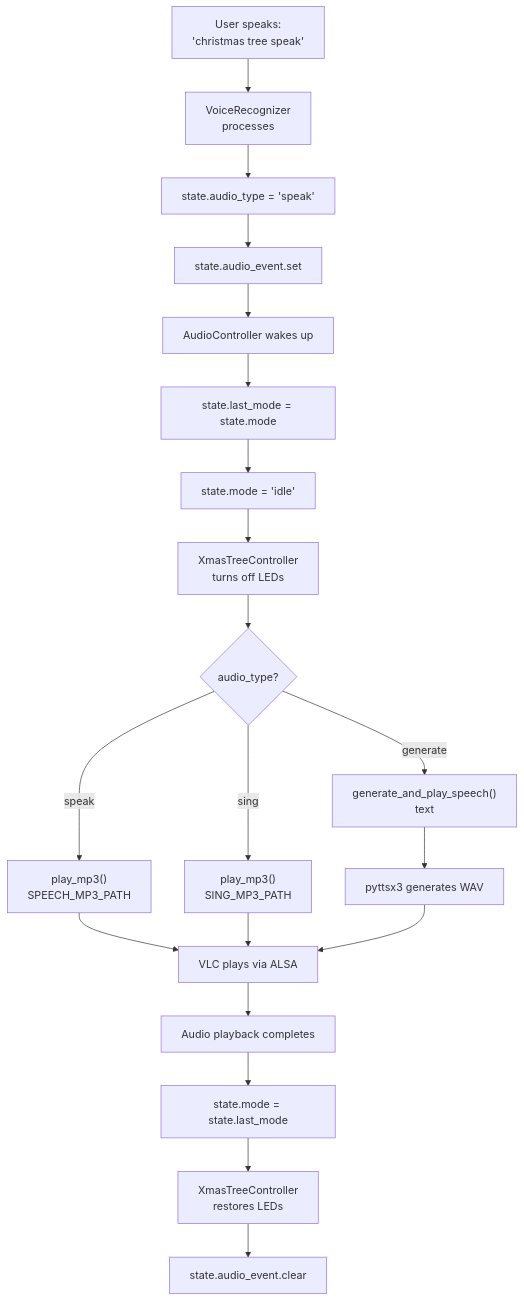
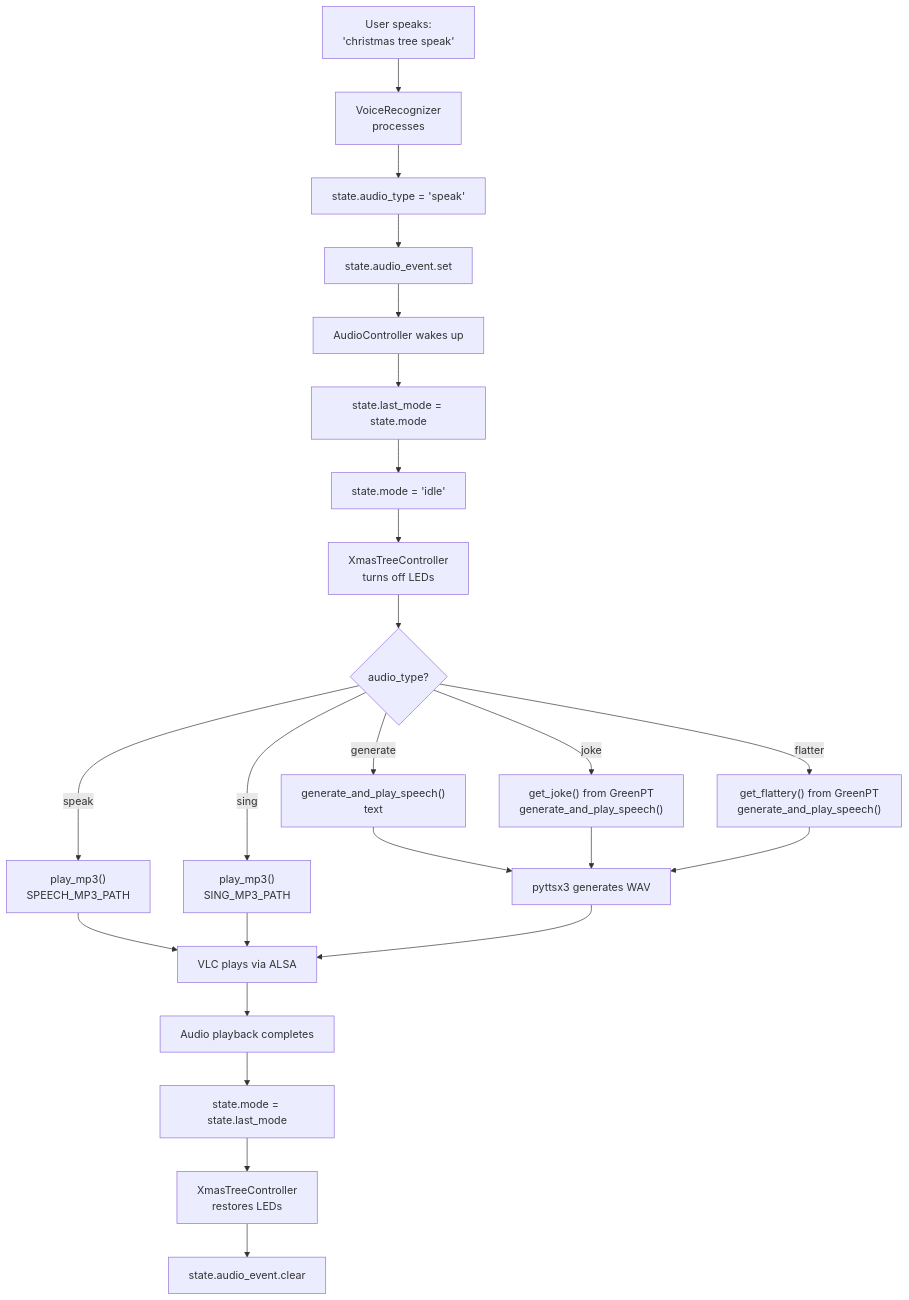
Before and after one commit to malminhas/raspberrypi-xmastree: the tenth of 11 diagrams in ARCHITECTURE.md, drawn with Mermaid. The commit also changed other lines of this file and 2 other files, not shown here.

First line of the commit message:
Update documentation for joke and flatter commands

````diff
--- a/ARCHITECTURE.md
+++ b/ARCHITECTURE.md
@@ -828,22 +869,26 @@
 ```mermaid
 flowchart TD
     A["User speaks:<br/>'christmas tree speak'"] --> B["VoiceRecognizer<br/>processes"]
     B --> C[state.audio_type = 'speak']
     C --> D[state.audio_event.set]
     D --> E[AudioController wakes up]
     E --> F[state.last_mode = state.mode]
     F --> G[state.mode = 'idle']
     G --> H["XmasTreeController<br/>turns off LEDs"]
     H --> I{audio_type?}
     I -->|speak| J["play_mp3()<br/>SPEECH_MP3_PATH"]
     I -->|sing| K["play_mp3()<br/>SING_MP3_PATH"]
     I -->|generate| L["generate_and_play_speech()<br/>text"]
-    J --> M[VLC plays via ALSA]
-    K --> M
-    L --> N[pyttsx3 generates WAV]
-    N --> M
-    M --> O[Audio playback completes]
-    O --> P[state.mode = state.last_mode]
-    P --> Q["XmasTreeController<br/>restores LEDs"]
-    Q --> R[state.audio_event.clear]
+    I -->|joke| M["get_joke() from GreenPT<br/>generate_and_play_speech()"]
+    I -->|flatter| N["get_flattery() from GreenPT<br/>generate_and_play_speech()"]
+    J --> O[VLC plays via ALSA]
+    K --> O
+    L --> P[pyttsx3 generates WAV]
+    M --> P
+    N --> P
+    P --> O
+    O --> Q[Audio playback completes]
+    Q --> R[state.mode = state.last_mode]
+    R --> S["XmasTreeController<br/>restores LEDs"]
+    S --> T[state.audio_event.clear]
 ```
````
